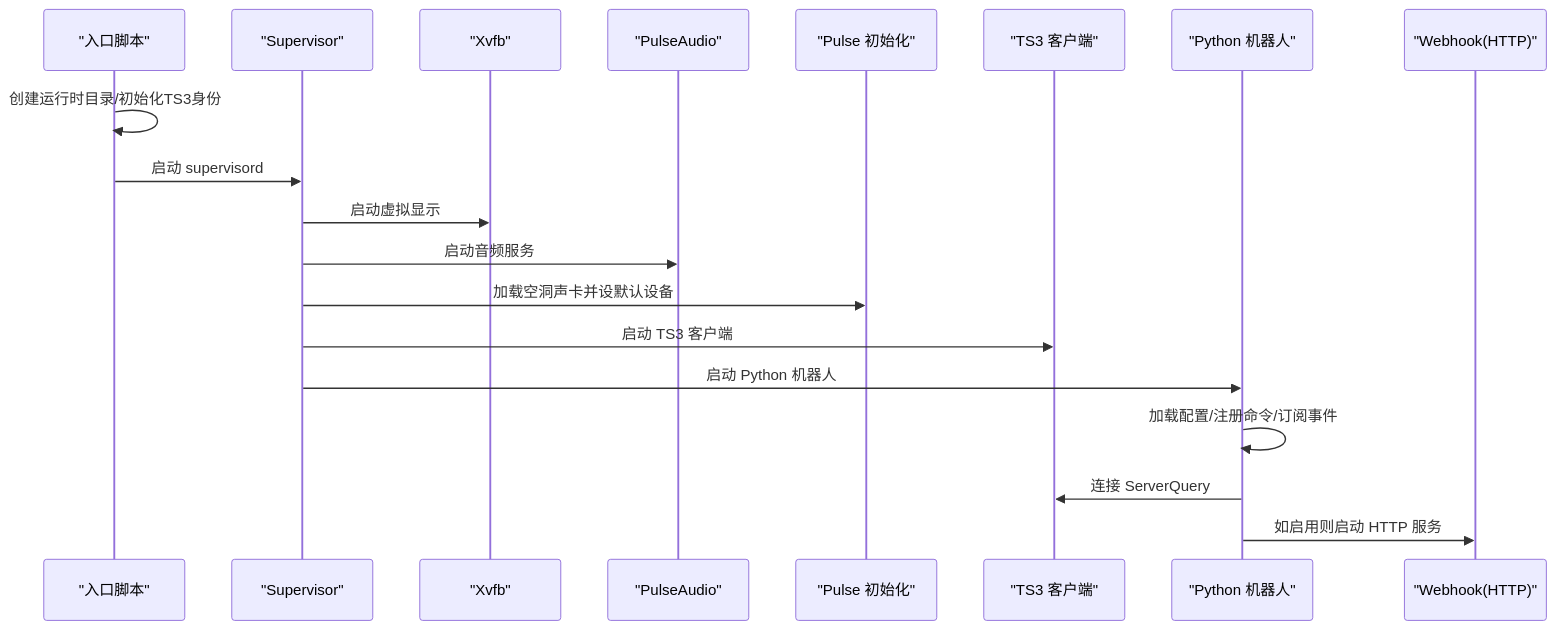
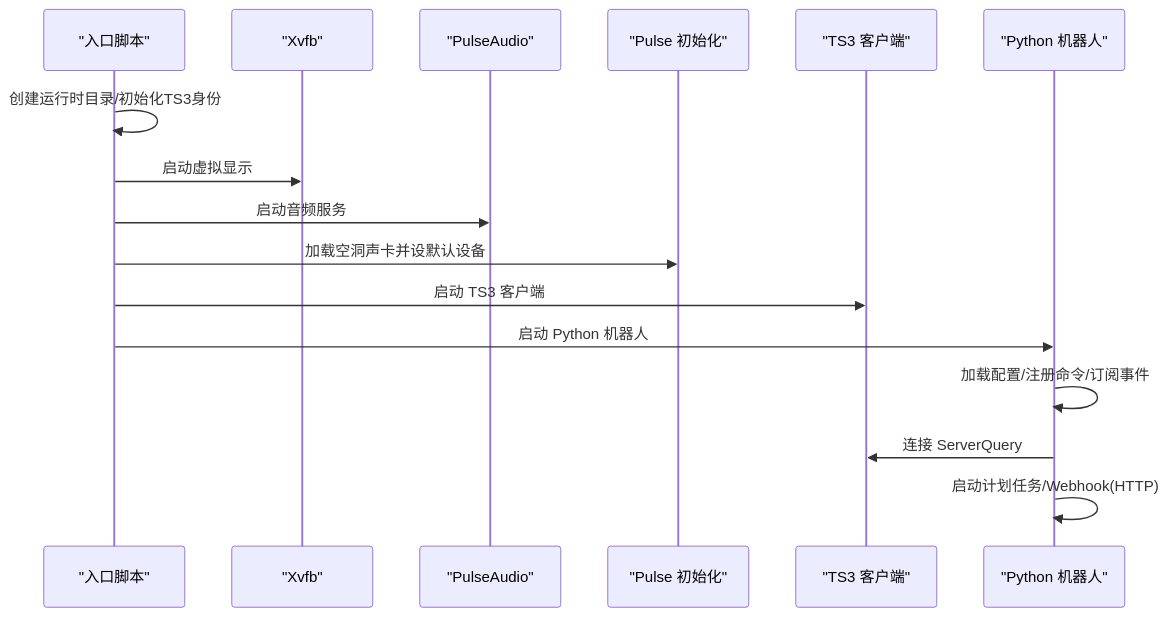
The second of 3 diagrams in .qoder/repowiki/zh/content/部署和运维/部署和运维.md (GhoulOwl/Teamspeak3_Bot), drawn with Mermaid before and after one commit. The commit also changed other lines of this file and 4 other files, not shown here.

````diff
--- a/.qoder/repowiki/zh/content/部署和运维/部署和运维.md
+++ b/.qoder/repowiki/zh/content/部署和运维/部署和运维.md
@@ -109,21 +103,18 @@
 ```mermaid
 sequenceDiagram
 participant Entrypoint as "入口脚本"
-participant Supervisor as "Supervisor"
 participant Xvfb as "Xvfb"
 participant Pulse as "PulseAudio"
 participant Init as "Pulse 初始化"
 participant TS3 as "TS3 客户端"
 participant Bot as "Python 机器人"
-participant Webhook as "Webhook(HTTP)"
 Entrypoint->>Entrypoint : 创建运行时目录/初始化TS3身份
-Entrypoint->>Supervisor : 启动 supervisord
-Supervisor->>Xvfb : 启动虚拟显示
-Supervisor->>Pulse : 启动音频服务
-Supervisor->>Init : 加载空洞声卡并设默认设备
-Supervisor->>TS3 : 启动 TS3 客户端
-Supervisor->>Bot : 启动 Python 机器人
+Entrypoint->>Xvfb : 启动虚拟显示
+Entrypoint->>Pulse : 启动音频服务
+Entrypoint->>Init : 加载空洞声卡并设默认设备
+Entrypoint->>TS3 : 启动 TS3 客户端
+Entrypoint->>Bot : 启动 Python 机器人
 Bot->>Bot : 加载配置/注册命令/订阅事件
 Bot->>TS3 : 连接 ServerQuery
-Bot->>Webhook : 如启用则启动 HTTP 服务
+Bot->>Bot : 启动计划任务/Webhook(HTTP)
 ```
````
